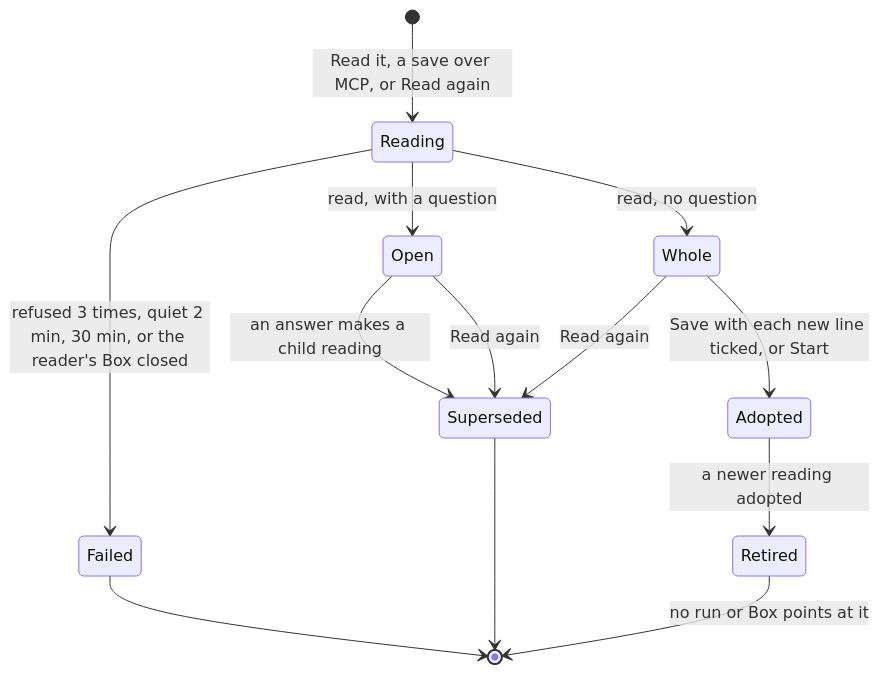
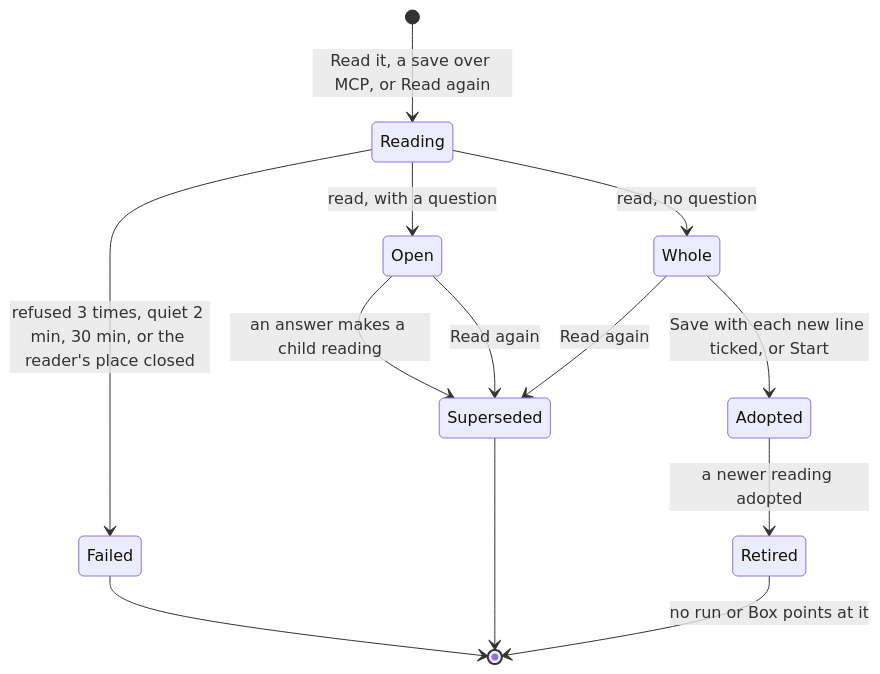
One commit to IniZio/moor changed the first of 2 diagrams in docs/specs/prompt-reading.md. Above: the diagram before and after it, drawn with Mermaid. The commit also changed other lines of this file and 10 other files, not shown here.

````diff
--- a/docs/specs/prompt-reading.md
+++ b/docs/specs/prompt-reading.md
@@ -551,15 +551,15 @@
 ```mermaid
 stateDiagram-v2
 	[*] --> Reading: Read it, a save over MCP, or Read again
-	Reading --> Failed: refused 3 times, quiet 2 min, 30 min, or the reader's Box closed
+	Reading --> Failed: refused 3 times, quiet 2 min, 30 min, or the reader's place closed
 	Reading --> Open: read, with a question
 	Reading --> Whole: read, no question
 	Open --> Superseded: an answer makes a child reading
 	Open --> Superseded: Read again
 	Whole --> Superseded: Read again
 	Whole --> Adopted: Save with each new line ticked, or Start
 	Adopted --> Retired: a newer reading adopted
 	Retired --> [*]: no run or Box points at it
 	Superseded --> [*]
 	Failed --> [*]
 ```
````
